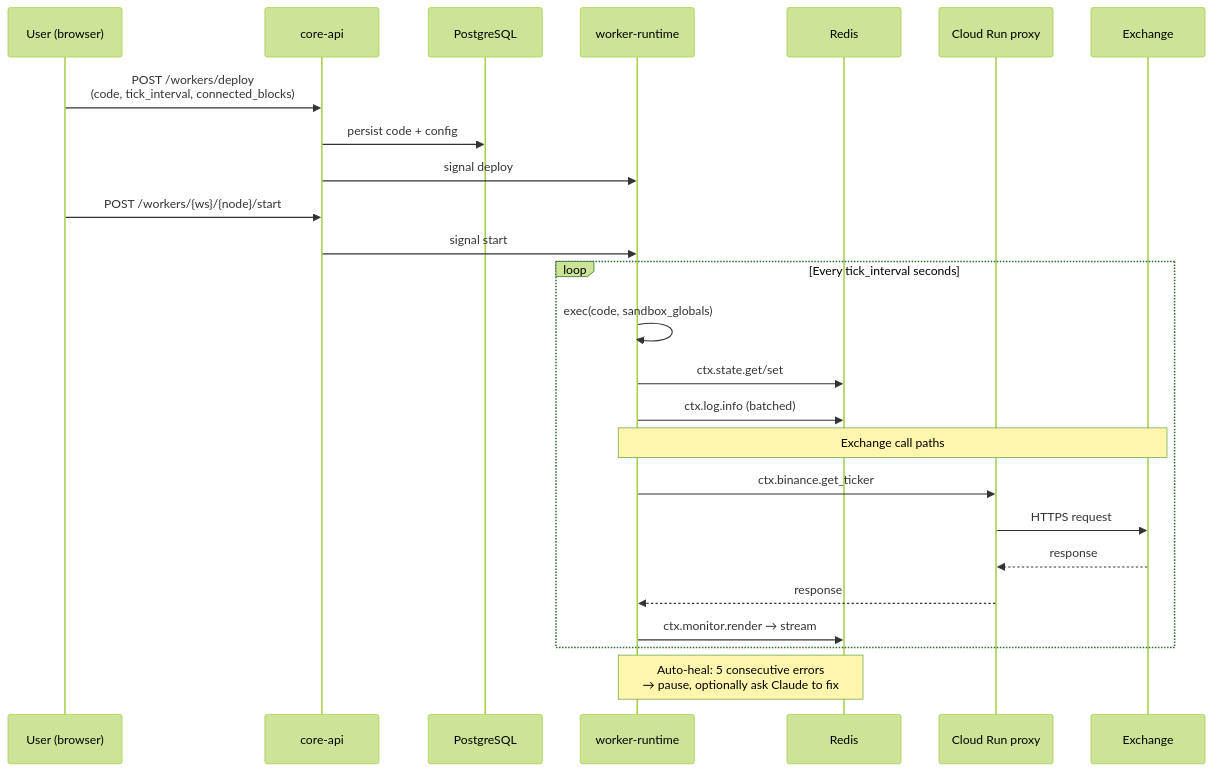
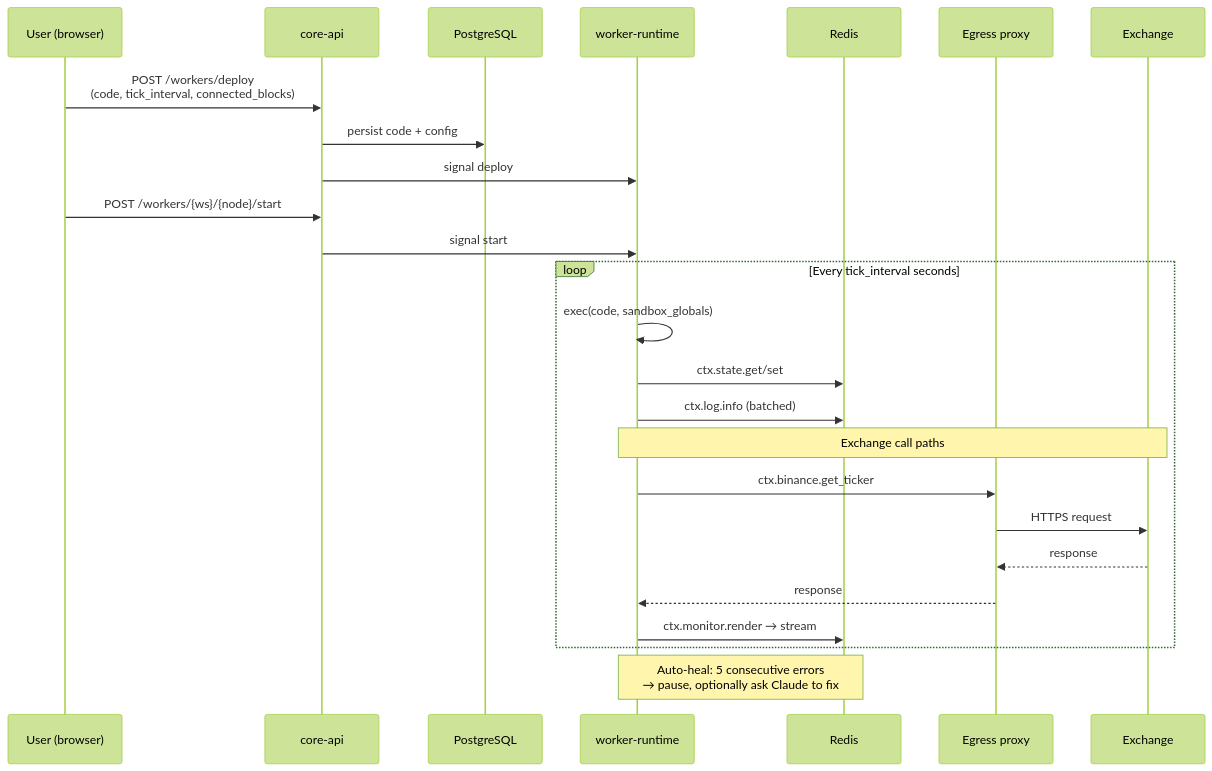
One commit to PinnacleDynamics/NodeGraph.io changed the second of 3 diagrams in docs/architecture.md. Above: the diagram before and after it, drawn with Mermaid (forest theme). The commit also changed other lines of this file and 4 other files, not shown here.

First line of the commit message:
Strip operational specifics — keep architectural insight

````diff
--- a/docs/architecture.md
+++ b/docs/architecture.md
@@ -168,31 +154,31 @@
 ```mermaid
 sequenceDiagram
     participant U as User (browser)
     participant CO as core-api
     participant DB as PostgreSQL
     participant WR as worker-runtime
     participant RD as Redis
-    participant PR as Cloud Run proxy
+    participant PR as Egress proxy
     participant EX as Exchange
 
     U->>CO: POST /workers/deploy<br/>(code, tick_interval, connected_blocks)
     CO->>DB: persist code + config
     CO->>WR: signal deploy
 
     U->>CO: POST /workers/{ws}/{node}/start
     CO->>WR: signal start
 
     loop Every tick_interval seconds
         WR->>WR: exec(code, sandbox_globals)
         WR->>RD: ctx.state.get/set
         WR->>RD: ctx.log.info (batched)
         Note over WR,EX: Exchange call paths
         WR->>PR: ctx.binance.get_ticker
         PR->>EX: HTTPS request
         EX-->>PR: response
         PR-->>WR: response
         WR->>RD: ctx.monitor.render → stream
     end
 
     Note over WR,RD: Auto-heal: 5 consecutive errors<br/>→ pause, optionally ask Claude to fix
 ```
````
